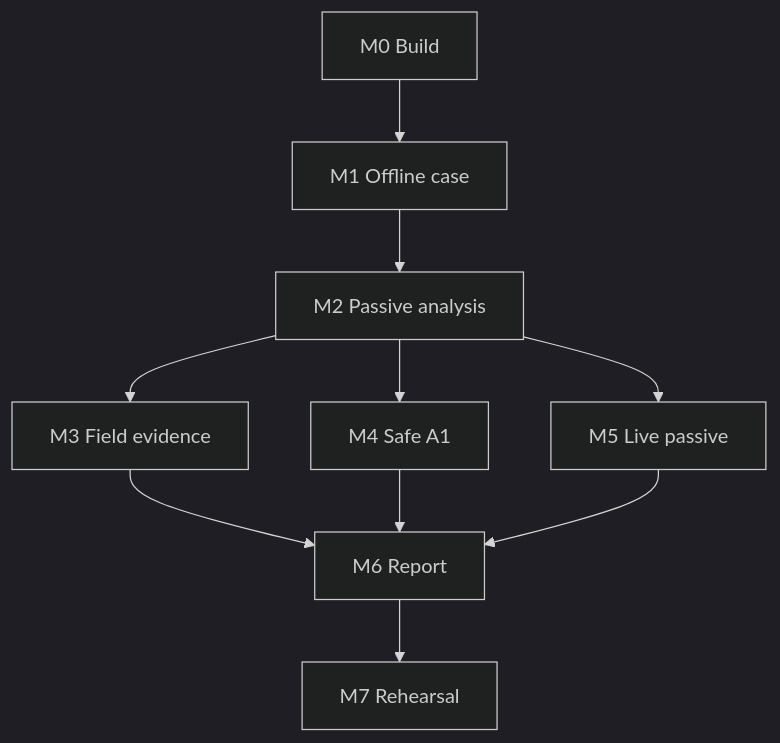
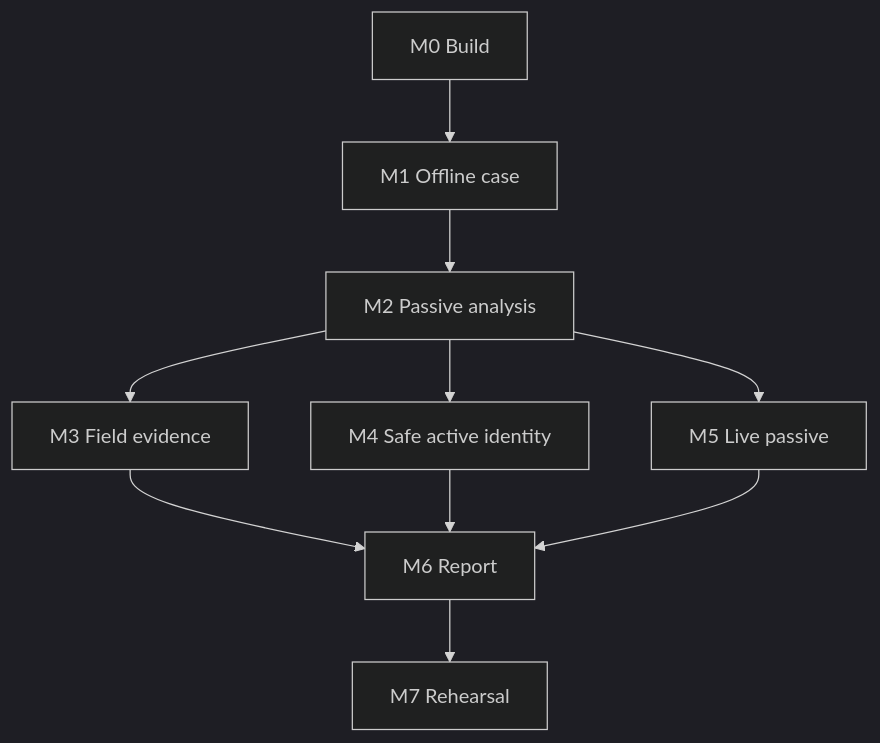
Before and after one commit to charifmahmoudi/mobile-ot-security-assessment: the diagram in docs/poc/IMPLEMENTATION-BACKLOG.md, drawn with Mermaid (dark theme). The commit also changed other lines of this file and 37 other files, not shown here.

````diff
--- a/docs/poc/IMPLEMENTATION-BACKLOG.md
+++ b/docs/poc/IMPLEMENTATION-BACKLOG.md
@@ -110,12 +97,12 @@
 ```mermaid
 flowchart TD
   M0["M0 Build"] --> M1["M1 Offline case"]
   M1 --> M2["M2 Passive analysis"]
   M2 --> M3["M3 Field evidence"]
-  M2 --> M4["M4 Safe A1"]
+  M2 --> M4["M4 Safe active identity"]
   M2 --> M5["M5 Live passive"]
   M3 --> M6["M6 Report"]
   M4 --> M6
   M5 --> M6
   M6 --> M7["M7 Rehearsal"]
 ```
````
